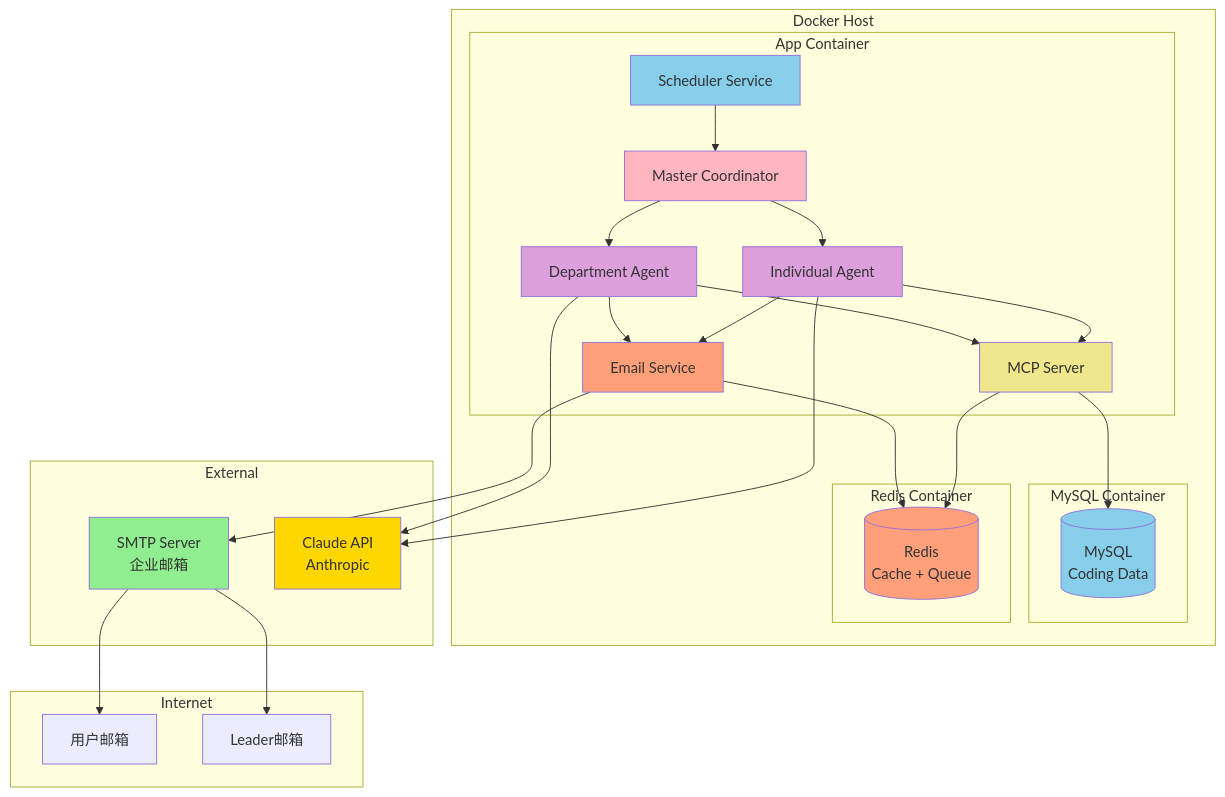
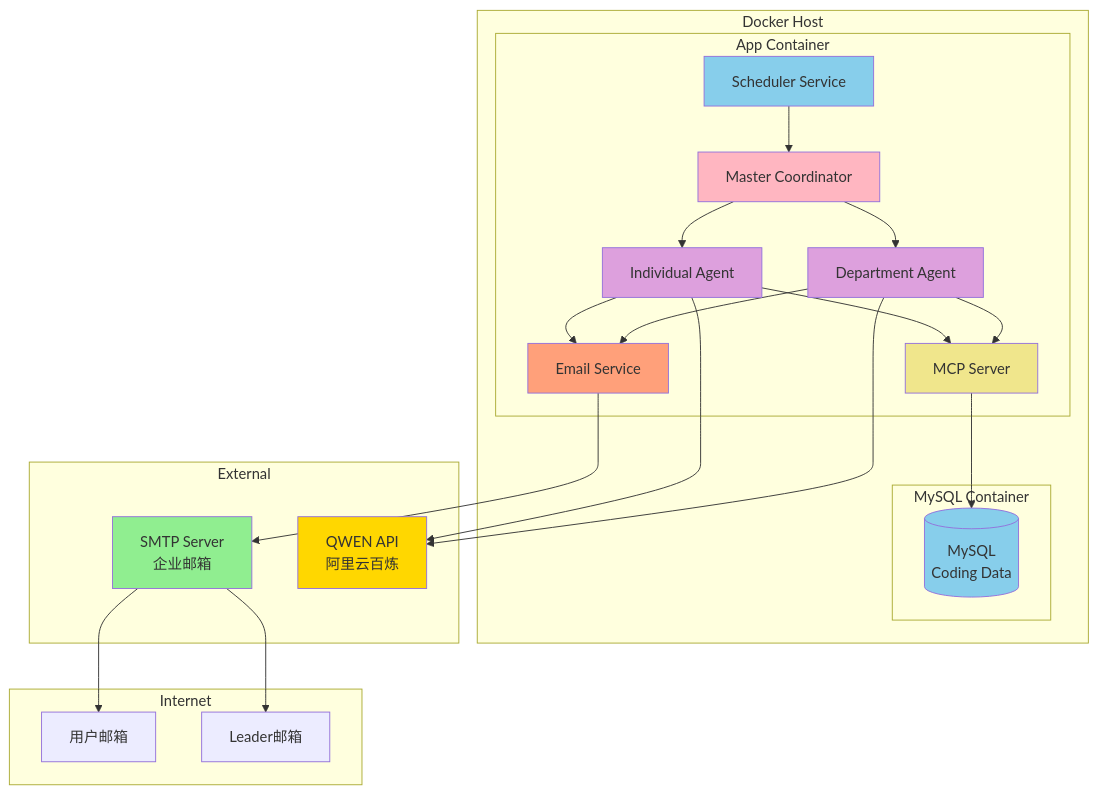
Before and after one commit to mrzhangmian/neturl: the eighth of 10 diagrams in t.md, drawn with Mermaid. The commit also changed other lines of this file, not shown here.

````diff
--- a/t.md
+++ b/t.md
@@ -461,68 +456,60 @@
 ```mermaid
 flowchart TB
     subgraph Internet
         User1[用户邮箱]
         Leader1[Leader邮箱]
     end
 
     subgraph Docker Host
         subgraph App Container
             Scheduler[Scheduler Service]
             Coordinator[Master Coordinator]
             Agent1[Individual Agent]
             Agent2[Department Agent]
             EmailSvc[Email Service]
             MCP[MCP Server]
         end
 
         subgraph MySQL Container
             DB[(MySQL
 Coding Data)]
         end
-
-        subgraph Redis Container
-            Cache[(Redis
-Cache + Queue)]
-        end
     end
 
     subgraph External
         SMTP[SMTP Server
 企业邮箱]
-        Claude[Claude API
-Anthropic]
+        QWEN[QWEN API
+阿里云百炼]
     end
 
     Scheduler --> Coordinator
     Coordinator --> Agent1
     Coordinator --> Agent2
 
     Agent1 --> MCP
     Agent2 --> MCP
 
     MCP --> DB
-    MCP --> Cache
 
     Agent1 --> EmailSvc
     Agent2 --> EmailSvc
 
-    EmailSvc --> Cache
     EmailSvc --> SMTP
 
     SMTP --> User1
     SMTP --> Leader1
 
-    Agent1 --> Claude
-    Agent2 --> Claude
+    Agent1 --> QWEN
+    Agent2 --> QWEN
 
     style Scheduler fill:#87CEEB
     style Coordinator fill:#FFB6C1
     style Agent1 fill:#DDA0DD
     style Agent2 fill:#DDA0DD
     style MCP fill:#F0E68C
     style EmailSvc fill:#FFA07A
     style DB fill:#87CEEB
-    style Cache fill:#FFA07A
     style SMTP fill:#90EE90
-    style Claude fill:#FFD700
+    style QWEN fill:#FFD700
 ```
````
